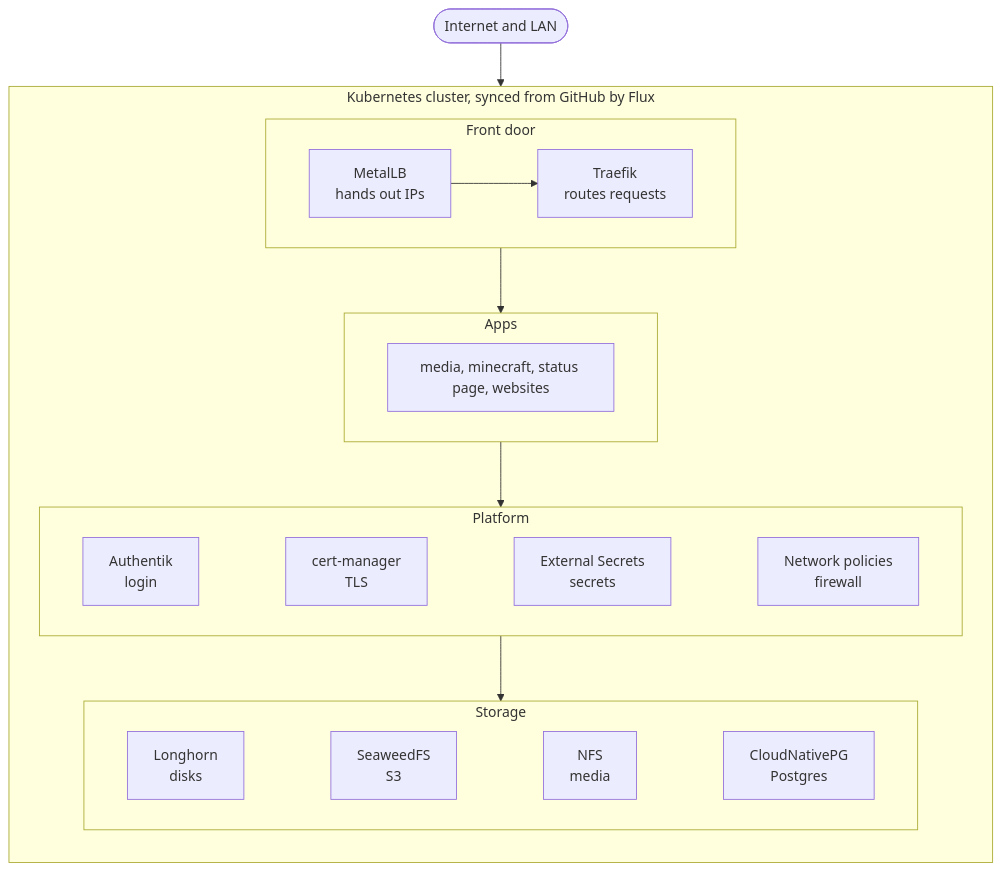
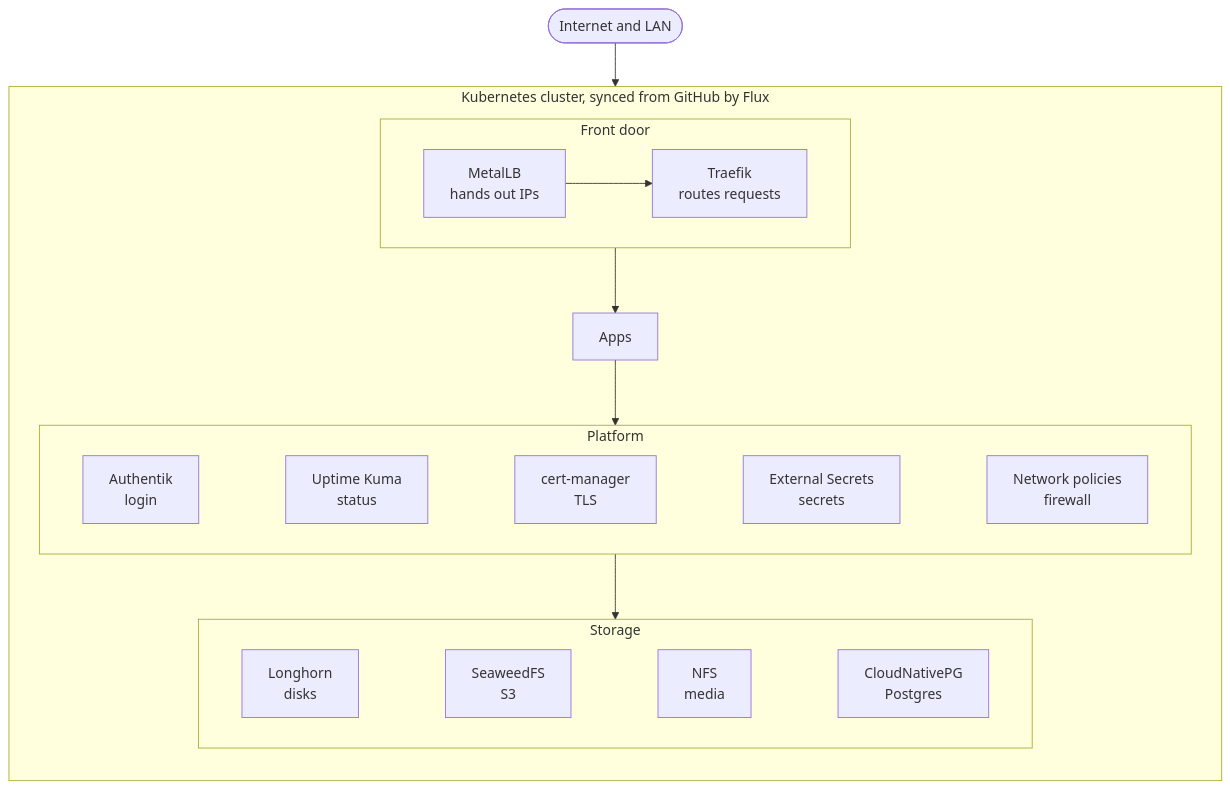
The diagram in README.md (stianmjo/homelab-nebulahvelvet), drawn with Mermaid before and after one commit. The commit also changed other lines of this file, not shown here.

Commit message:
README: generic Apps box, add Uptime Kuma to platform

````diff
--- a/README.md
+++ b/README.md
@@ -16,31 +16,29 @@
 ```mermaid
 flowchart TB
     users(["Internet and LAN"])
 
     subgraph cluster["Kubernetes cluster, synced from GitHub by Flux"]
         direction TB
 
         subgraph edge["Front door"]
             direction LR
             mlb["MetalLB<br/>hands out IPs"] --> traefik["Traefik<br/>routes requests"]
         end
 
-        subgraph apps["Apps"]
-            apps1["media, minecraft, status page, websites"]
-        end
+        apps["Apps"]
 
         subgraph platform["Platform"]
             direction LR
-            ak["Authentik<br/>login"] ~~~ certs["cert-manager<br/>TLS"] ~~~ secrets["External Secrets<br/>secrets"] ~~~ netpol["Network policies<br/>firewall"]
+            ak["Authentik<br/>login"] ~~~ kuma["Uptime Kuma<br/>status"] ~~~ certs["cert-manager<br/>TLS"] ~~~ secrets["External Secrets<br/>secrets"] ~~~ netpol["Network policies<br/>firewall"]
         end
 
         subgraph storage["Storage"]
             direction LR
             lh["Longhorn<br/>disks"] ~~~ sw["SeaweedFS<br/>S3"] ~~~ nfs["NFS<br/>media"] ~~~ pg["CloudNativePG<br/>Postgres"]
         end
 
         edge --> apps --> platform --> storage
     end
 
     users --> edge
 ```
````
